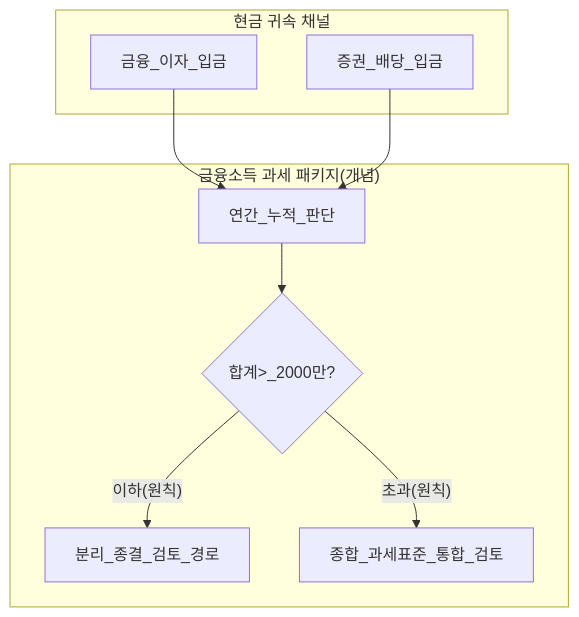
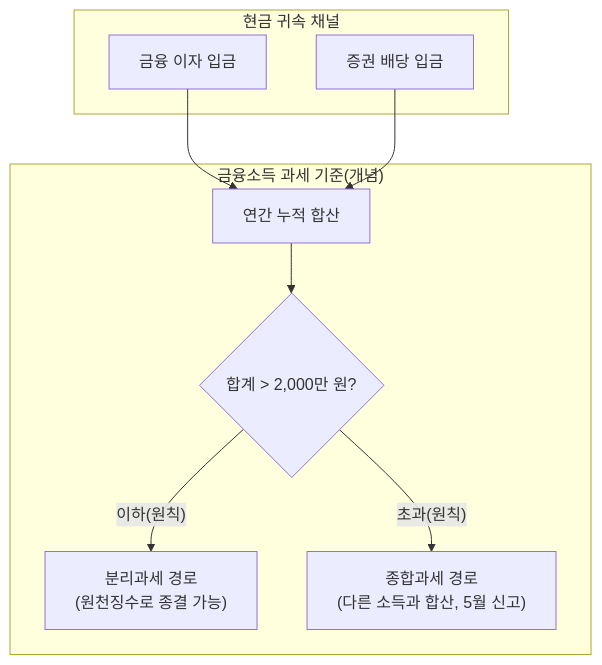
Before and after one commit to goldanghenry/Finances: the first of 3 diagrams in 06-korea-policy/tax/financial-investment-income-tax.md, drawn with Mermaid. The commit also changed other lines of this file and 211 other files, not shown here.

````diff
--- a/06-korea-policy/tax/financial-investment-income-tax.md
+++ b/06-korea-policy/tax/financial-investment-income-tax.md
@@ -112,18 +123,18 @@
 ```mermaid
 flowchart TD
   subgraph Cashflow ["현금 귀속 채널"]
-    INT[금융_이자_입금]
-    DIV[증권_배당_입금]
+    INT["금융 이자 입금"]
+    DIV["증권 배당 입금"]
   end
-  subgraph Gate ["금융소득 과세 패키지(개념)"]
-    Sum[연간_누적_판단]
-    G2K{합계>_2000만?}
-    Sep[분리_종결_검토_경로]
-    Glob[종합_과세표준_통합_검토]
+  subgraph Gate ["금융소득 과세 기준(개념)"]
+    Sum["연간 누적 합산"]
+    G2K{"합계 > 2,000만 원?"}
+    Sep["분리과세 경로\n(원천징수로 종결 가능)"]
+    Glob["종합과세 경로\n(다른 소득과 합산, 5월 신고)"]
   end
   INT --> Sum
   DIV --> Sum
   Sum --> G2K
   G2K -->|"이하(원칙)"| Sep
   G2K -->|"초과(원칙)"| Glob
 ```
````
